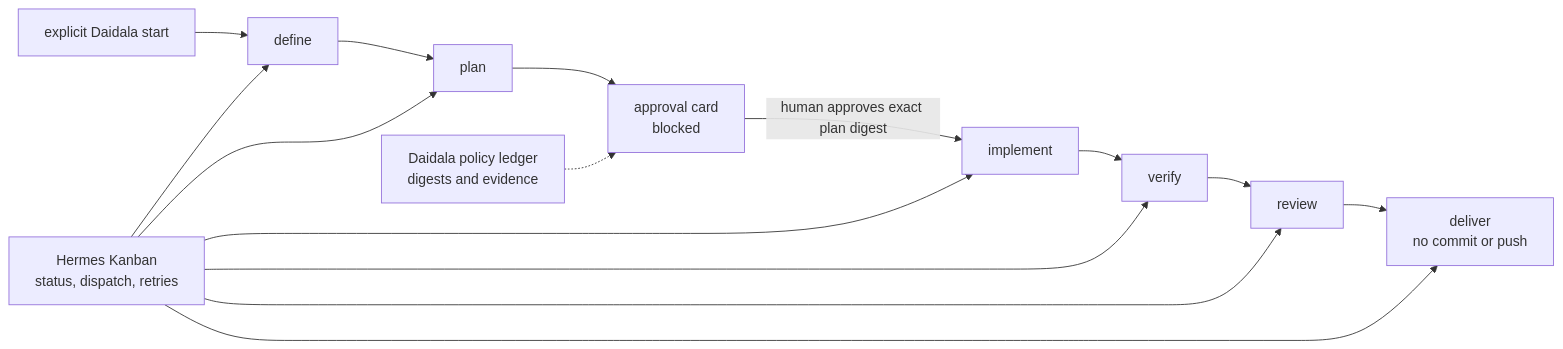
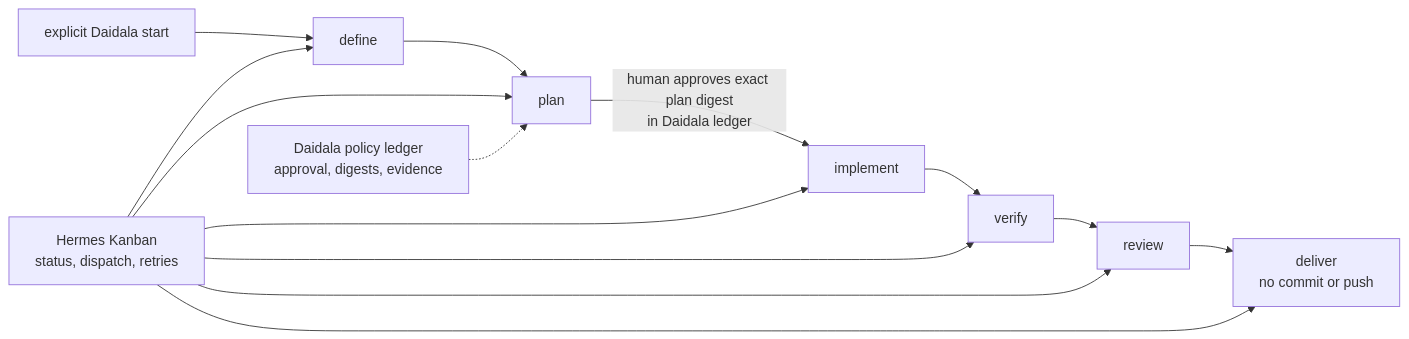
The diagram in README.md (forgegod/daidala), drawn with Mermaid before and after one commit. The commit also changed other lines of this file and 24 other files, not shown here.

````diff
--- a/README.md
+++ b/README.md
@@ -59,18 +59,17 @@
 ```mermaid
 flowchart LR
     S["explicit Daidala start"] --> D["define"]
     D --> P["plan"]
-    P --> G["approval card<br>blocked"]
-    G -->|"human approves exact plan digest"| I["implement"]
+    P -->|"human approves exact plan digest<br>in Daidala ledger"| I["implement"]
     I --> V["verify"]
     V --> R["review"]
     R --> DL["deliver<br>no commit or push"]
 
     H["Hermes Kanban<br>status, dispatch, retries"] --> D
     H --> P
     H --> I
     H --> V
     H --> R
     H --> DL
-    W["Daidala policy ledger<br>digests and evidence"] -.-> G
+    W["Daidala policy ledger<br>approval, digests, evidence"] -.-> P
 ```
````
